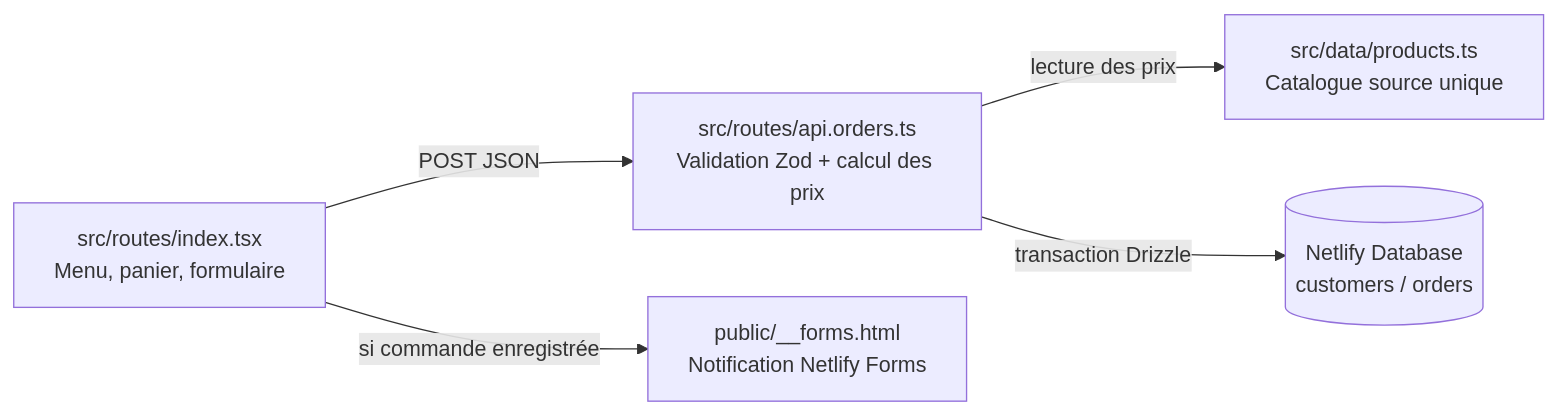
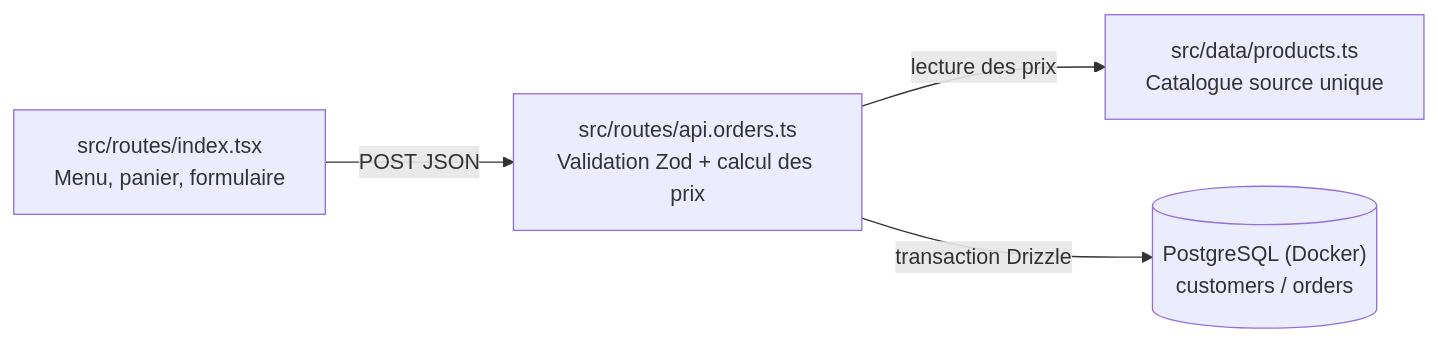
Before and after one commit to alolou/makrounatn: the diagram in README.md, drawn with Mermaid. The commit also changed other lines of this file and 8 other files, not shown here.

````diff
--- a/README.md
+++ b/README.md
@@ -42,7 +44,6 @@
 ```mermaid
 flowchart LR
     A["src/routes/index.tsx<br/>Menu, panier, formulaire"] -->|"POST JSON"| B["src/routes/api.orders.ts<br/>Validation Zod + calcul des prix"]
     B -->|"lecture des prix"| C["src/data/products.ts<br/>Catalogue source unique"]
-    B -->|"transaction Drizzle"| D[("Netlify Database<br/>customers / orders")]
-    A -->|"si commande enregistrée"| E["public/__forms.html<br/>Notification Netlify Forms"]
+    B -->|"transaction Drizzle"| D[("PostgreSQL (Docker)<br/>customers / orders")]
 ```
````
